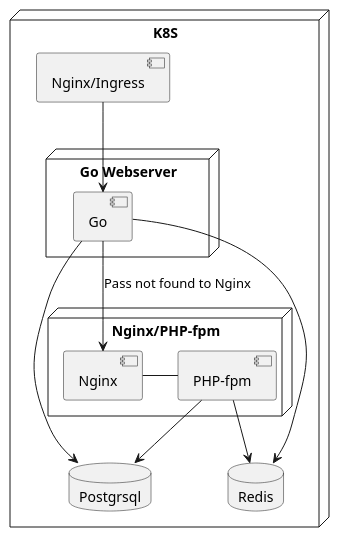
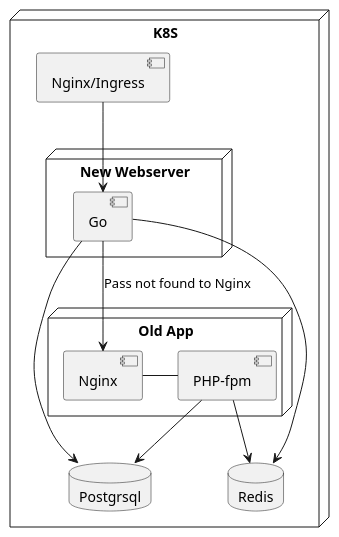
The diagram in sfd1400/suggestion.puml (fzerorubigd/slides), drawn with PlantUML before and after one commit. The commit also changed 5 other files, not shown here.

```diff
--- a/sfd1400/suggestion.puml
+++ b/sfd1400/suggestion.puml
@@ -1,28 +1,28 @@
 @startuml
 'https://plantuml.com/component-diagram
 
 node "K8S" {
     [Nginx/Ingress]
 
-    node "Nginx/PHP-fpm" {
+    node "Old App" {
       [Nginx] - [PHP-fpm]
     }
 
-    node "Go Webserver" {
+    node "New Webserver" {
       [Go]
     }
 
 
     database "Postgrsql" {
     }
 
     database "Redis" {
     }
 }
 [Nginx/Ingress] --> [Go]
 [Go] -->  [Nginx] : Pass not found to Nginx
 [PHP-fpm] --> Postgrsql
 [PHP-fpm] --> Redis
 [Go] --> Postgrsql
 [Go] --> Redis
 @enduml
```
